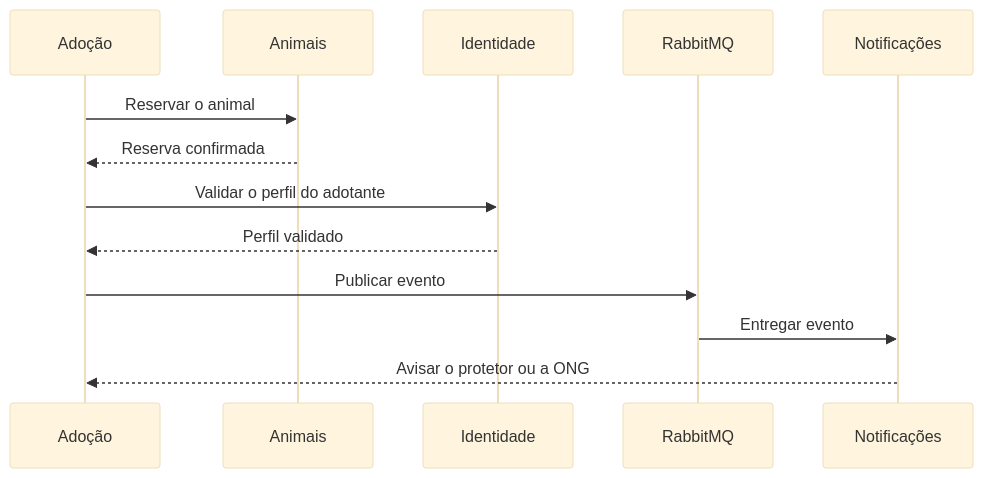
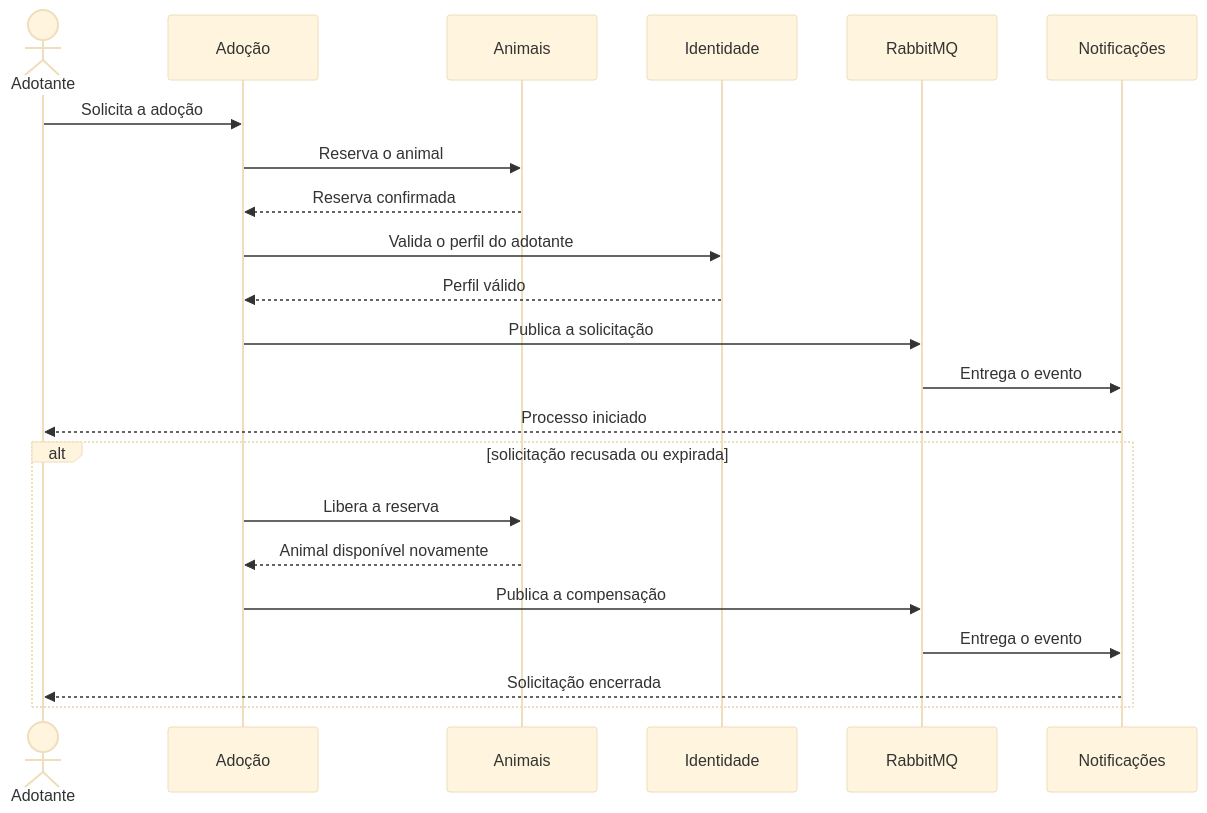
The second of 2 diagrams in docs/arquitetura.md (gxbreus/ampara), drawn with Mermaid (base theme) before and after one commit. The commit also changed other lines of this file and 2 other files, not shown here.

````diff
--- a/docs/arquitetura.md
+++ b/docs/arquitetura.md
@@ -47,16 +106,26 @@
 ```mermaid
 sequenceDiagram
+    actor Adotante
     participant A as Adoção
     participant AN as Animais
     participant I as Identidade
     participant R as RabbitMQ
     participant N as Notificações
 
-    A->>AN: Reservar o animal
+    Adotante->>A: Solicita a adoção
+    A->>AN: Reserva o animal
     AN-->>A: Reserva confirmada
-    A->>I: Validar o perfil do adotante
-    I-->>A: Perfil validado
-    A->>R: Publicar evento
-    R->>N: Entregar evento
-    N-->>A: Avisar o protetor ou a ONG
+    A->>I: Valida o perfil do adotante
+    I-->>A: Perfil válido
+    A->>R: Publica a solicitação
+    R->>N: Entrega o evento
+    N-->>Adotante: Processo iniciado
+
+    alt solicitação recusada ou expirada
+        A->>AN: Libera a reserva
+        AN-->>A: Animal disponível novamente
+        A->>R: Publica a compensação
+        R->>N: Entrega o evento
+        N-->>Adotante: Solicitação encerrada
+    end
 ```
````
